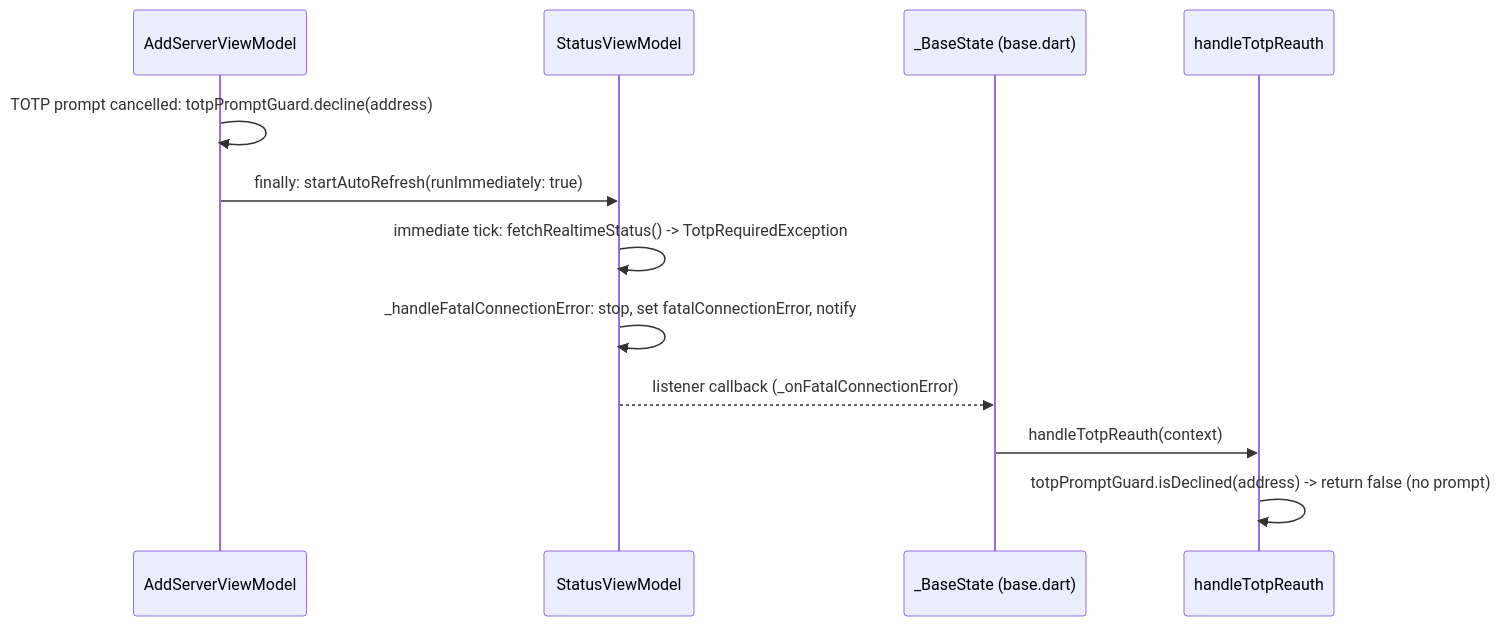
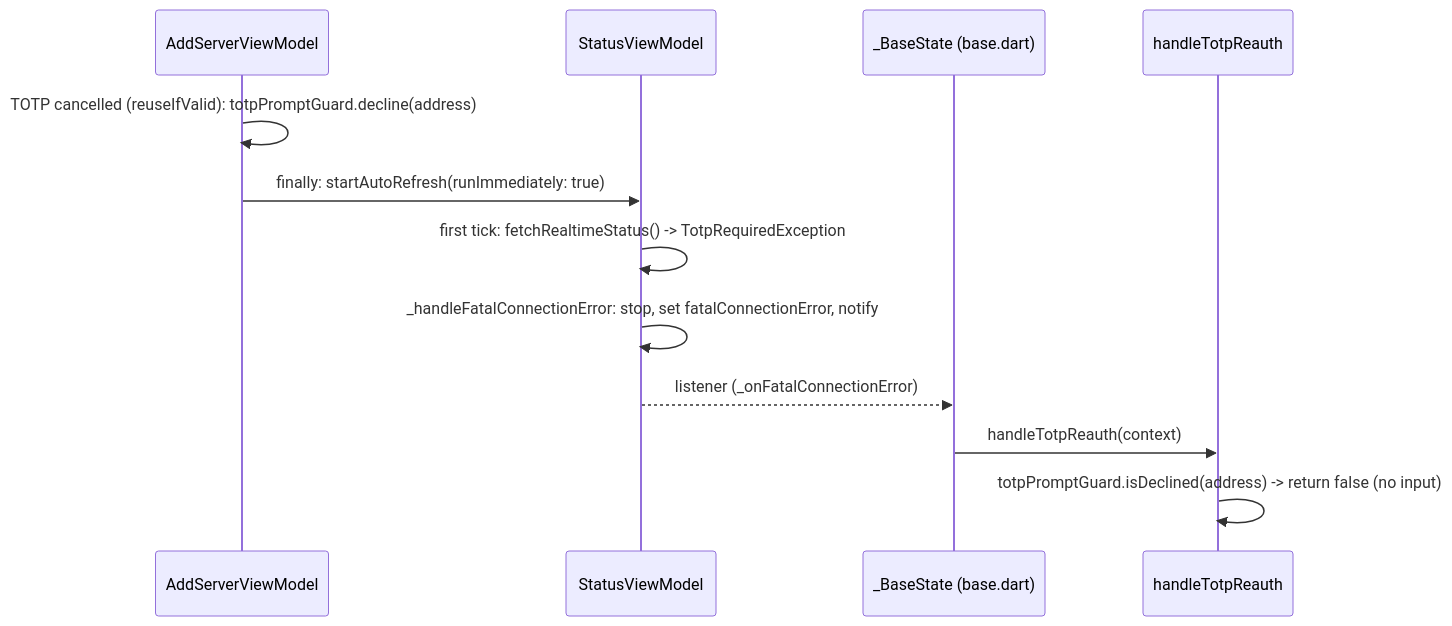
The fourth of 8 diagrams in docs/server-connection-flow.md (tsutsu3/pi-hole-client), drawn with Mermaid before and after one commit. The commit also changed other lines of this file, not shown here.

Commit message:
refactor(docs): improve clarity and structure of server connection flow documentation

````diff
--- a/docs/server-connection-flow.md
+++ b/docs/server-connection-flow.md
@@ -183,15 +146,15 @@
 ```mermaid
 sequenceDiagram
   participant VM as AddServerViewModel
   participant ST as StatusViewModel
   participant Base as _BaseState (base.dart)
   participant H as handleTotpReauth
 
-  VM->>VM: TOTP prompt cancelled: totpPromptGuard.decline(address)
+  VM->>VM: TOTP cancelled (reuseIfValid): totpPromptGuard.decline(address)
   VM->>ST: finally: startAutoRefresh(runImmediately: true)
-  ST->>ST: immediate tick: fetchRealtimeStatus() -> TotpRequiredException
+  ST->>ST: first tick: fetchRealtimeStatus() -> TotpRequiredException
   ST->>ST: _handleFatalConnectionError: stop, set fatalConnectionError, notify
-  ST-->>Base: listener callback (_onFatalConnectionError)
+  ST-->>Base: listener (_onFatalConnectionError)
   Base->>H: handleTotpReauth(context)
-  H->>H: totpPromptGuard.isDeclined(address) -> return false (no prompt)
+  H->>H: totpPromptGuard.isDeclined(address) -> return false (no input)
 ```
````
